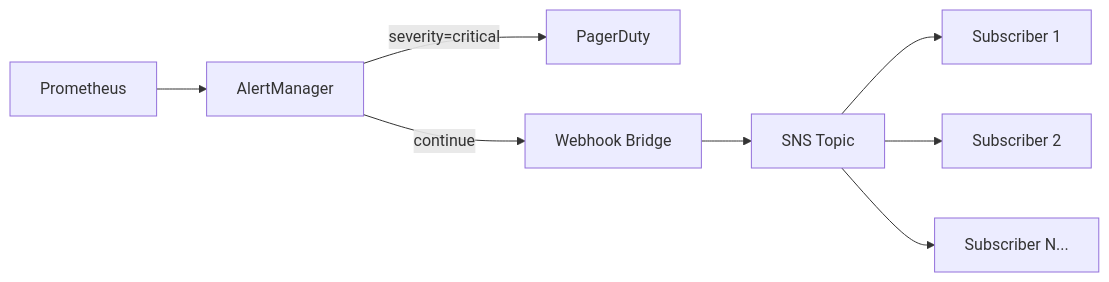
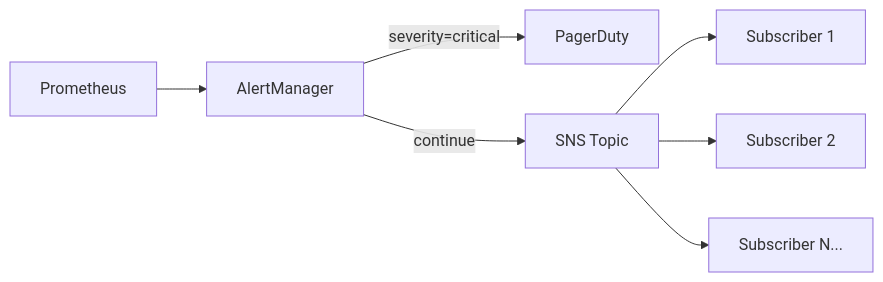
One commit to rrp-bot/rosa-regional-platform changed the second of 2 diagrams in docs/design/alerting-architecture.md. Above: the diagram before and after it, drawn with Mermaid. The commit also changed other lines of this file and 13 other files, not shown here.

Commit message:
removes sns alert bridge and uses alertmanager sns provider

````diff
--- a/docs/design/alerting-architecture.md
+++ b/docs/design/alerting-architecture.md
@@ -95,10 +95,9 @@
 ```mermaid
 flowchart LR
     P[Prometheus] --> AM[AlertManager]
     AM -->|severity=critical| PD[PagerDuty]
-    AM -->|continue| B[Webhook Bridge]
-    B --> SNS[SNS Topic]
+    AM -->|continue| SNS[SNS Topic]
     SNS --> Sub1[Subscriber 1]
     SNS --> Sub2[Subscriber 2]
     SNS --> SubN[Subscriber N...]
 ```
````
